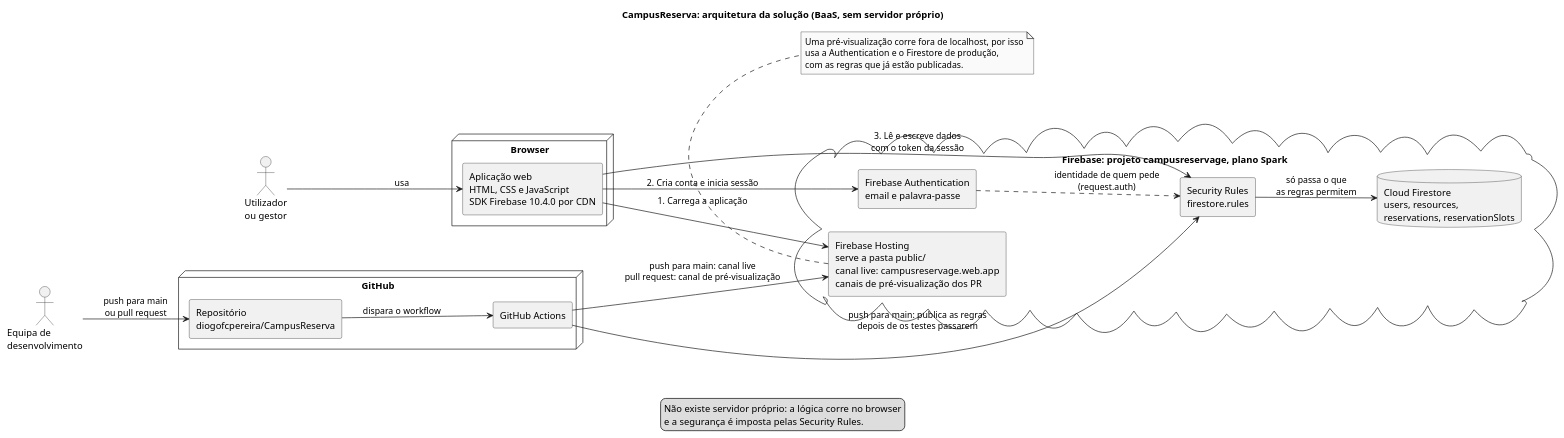
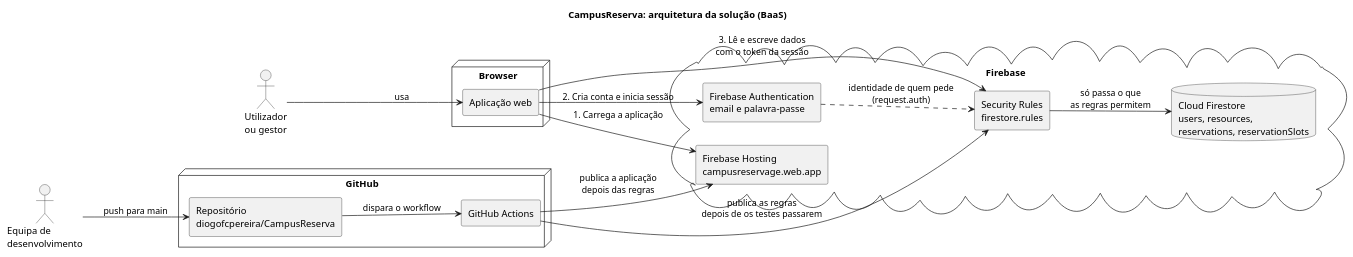
One commit to diogofcpereira/CampusReserva changed the diagram in docs/diagramas/arquitetura.puml. Above: the diagram before and after it, drawn with PlantUML. The commit also changed 1 other file, not shown here.

Commit message:
DIagrama de arquitetura update

```diff
--- a/docs/diagramas/arquitetura.puml
+++ b/docs/diagramas/arquitetura.puml
@@ -1,51 +1,41 @@
 @startuml arquitetura
 
-title CampusReserva: arquitetura da solução (BaaS, sem servidor próprio)
+title CampusReserva: arquitetura da solução (BaaS)
 
 skinparam monochrome true
 skinparam shadowing false
 skinparam componentStyle rectangle
 left to right direction
 
 actor "Utilizador\nou gestor" as pessoa
 actor "Equipa de\ndesenvolvimento" as equipa
 
 node "Browser" as browser {
-  component "Aplicação web\nHTML, CSS e JavaScript\nSDK Firebase 10.4.0 por CDN" as app
+  component "Aplicação web" as app
 }
 
-cloud "Firebase: projeto campusreservage, plano Spark" as firebase {
-  component "Firebase Hosting\nserve a pasta public/\ncanal live: campusreservage.web.app\ncanais de pré-visualização dos PR" as hosting
+cloud "Firebase" as firebase {
+  component "Firebase Hosting\ncampusreservage.web.app" as hosting
   component "Firebase Authentication\nemail e palavra-passe" as auth
   component "Security Rules\nfirestore.rules" as rules
   database "Cloud Firestore\nusers, resources,\nreservations, reservationSlots" as db
 }
 
 node "GitHub" as github {
   component "Repositório\ndiogofcpereira/CampusReserva" as repo
   component "GitHub Actions" as actions
 }
 
 pessoa --> app : usa
 app --> hosting : 1. Carrega a aplicação
 app --> auth : 2. Cria conta e inicia sessão
 app --> rules : 3. Lê e escreve dados\ncom o token da sessão
 auth ..> rules : identidade de quem pede\n(request.auth)
 rules --> db : só passa o que\nas regras permitem
 
-equipa --> repo : push para main\nou pull request
+equipa --> repo : push para main
 repo --> actions : dispara o workflow
-actions --> rules : push para main: publica as regras\ndepois de os testes passarem
-actions --> hosting : push para main: canal live\npull request: canal de pré-visualização
+actions --> rules : publica as regras\ndepois de os testes passarem
+actions --> hosting : publica a aplicação\ndepois das regras
 
-note bottom of hosting
-  Uma pré-visualização corre fora de localhost, por isso
-  usa a Authentication e o Firestore de produção,
-  com as regras que já estão publicadas.
-end note
-
-legend
-  Não existe servidor próprio: a lógica corre no browser
-  e a segurança é imposta pelas Security Rules.
-endlegend
 @enduml
```
